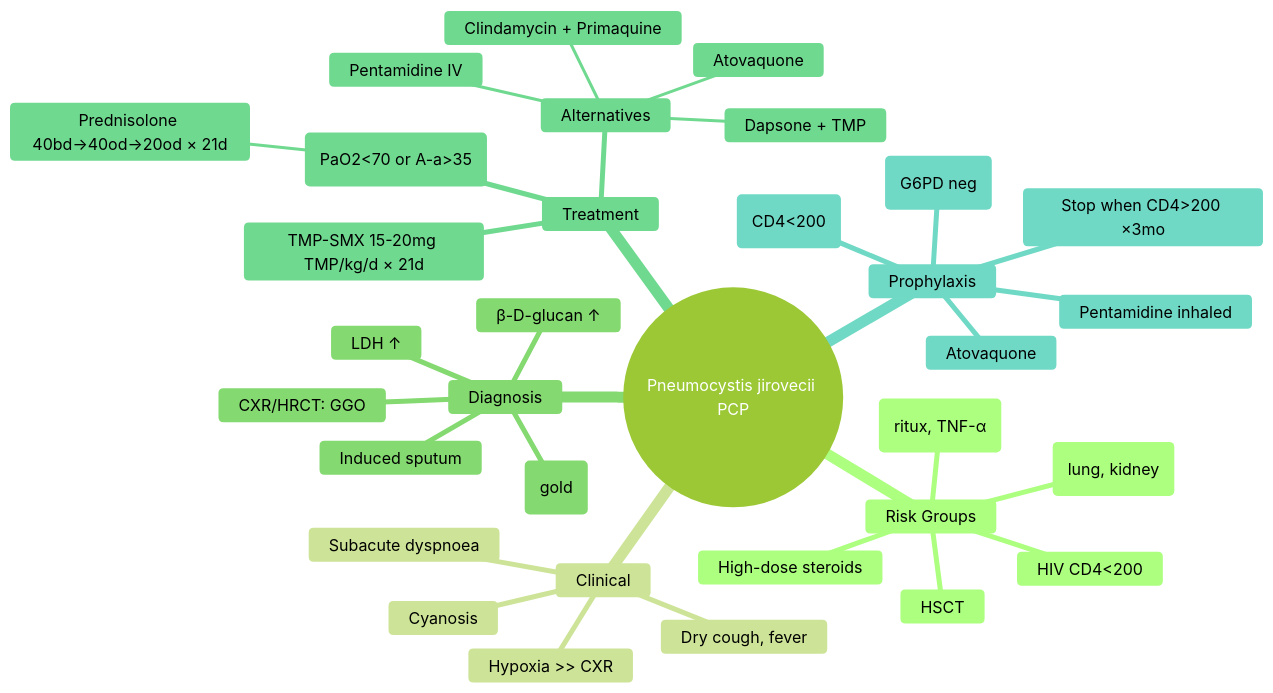
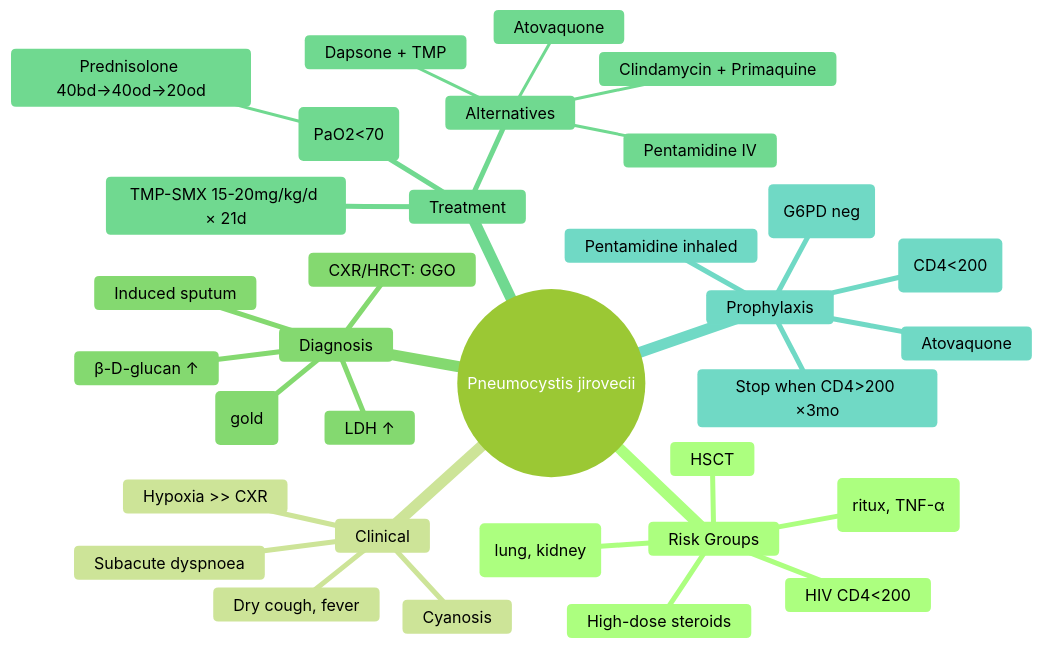
One commit to SeaXen/MedSea changed the diagram in chapters/14-infectious-disease/diseases/14.1.55-pneumocystis-pneumonia-pcp/topic.md. Above: the diagram before and after it, drawn with Mermaid (forest theme). The commit also changed other lines of this file and 131 other files, not shown here.

````diff
--- a/chapters/14-infectious-disease/diseases/14.1.55-pneumocystis-pneumonia-pcp/topic.md
+++ b/chapters/14-infectious-disease/diseases/14.1.55-pneumocystis-pneumonia-pcp/topic.md
@@ -215,36 +205,36 @@
 ```mermaid
 mindmap
-  root((Pneumocystis jirovecii PCP))
+  root((Pneumocystis jirovecii))
     Risk Groups
       HIV CD4<200
       Transplant (lung, kidney)
       HSCT
       High-dose steroids
       Biologics (ritux, TNF-α)
     Clinical
       Subacute dyspnoea
       Dry cough, fever
       Hypoxia >> CXR
       Cyanosis
     Diagnosis
       CXR/HRCT: GGO
       LDH ↑
       β-D-glucan ↑
       BAL IF/PCR (gold)
       Induced sputum
     Treatment
-      TMP-SMX 15-20mg TMP/kg/d × 21d
-      Steroids (PaO2<70 or A-a>35)
-        Prednisolone 40bd→40od→20od × 21d
+      TMP-SMX 15-20mg/kg/d × 21d
+      Steroids (PaO2<70)
+        Prednisolone 40bd→40od→20od
       Alternatives
         Pentamidine IV
         Clindamycin + Primaquine
         Atovaquone
         Dapsone + TMP
     Prophylaxis
       TMP-SMX DS daily (CD4<200)
       Dapsone (G6PD neg)
       Atovaquone
       Pentamidine inhaled
       Stop when CD4>200 ×3mo
 ```
````
